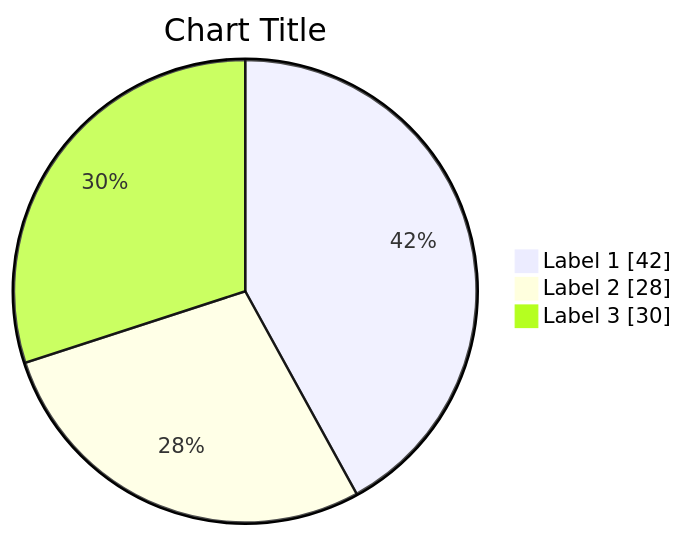
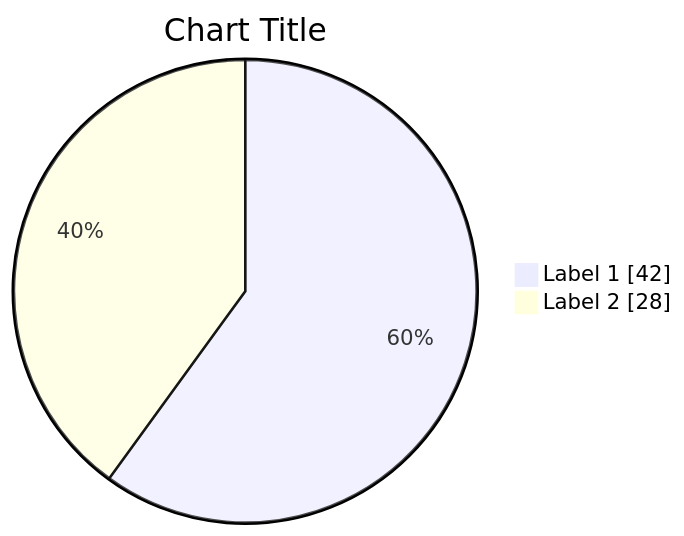
Before and after one commit to marcusquinn/aidevops: the second of 4 diagrams in .agents/tools/diagrams/mermaid-diagrams-skill/references/CHEATSHEET.md, drawn with Mermaid. The commit also changed other lines of this file, not shown here.

First line of the commit message:
docs: tighten mermaid CHEATSHEET.md from 476 to 245 lines

````diff
--- a/.agents/tools/diagrams/mermaid-diagrams-skill/references/CHEATSHEET.md
+++ b/.agents/tools/diagrams/mermaid-diagrams-skill/references/CHEATSHEET.md
@@ -275,7 +164,6 @@
 ```mermaid
 pie showData
     title Chart Title
     "Label 1" : 42
     "Label 2" : 28
-    "Label 3" : 30
 ```
````
